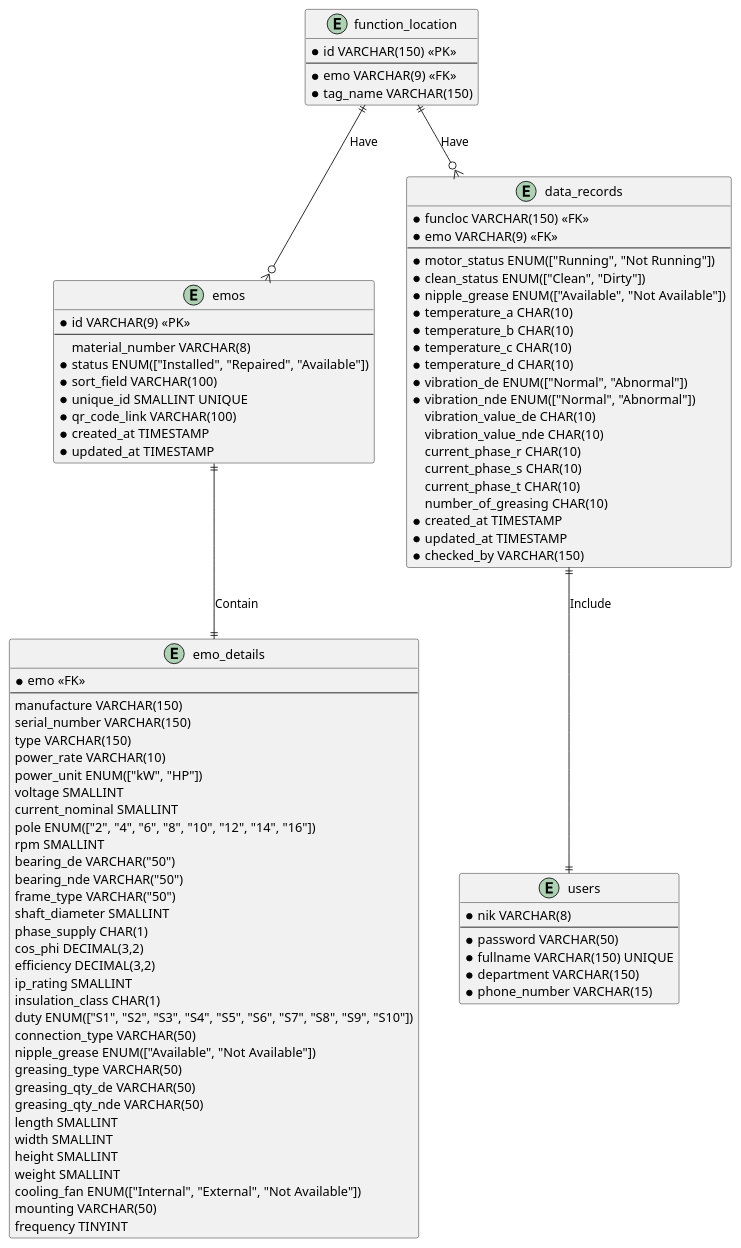
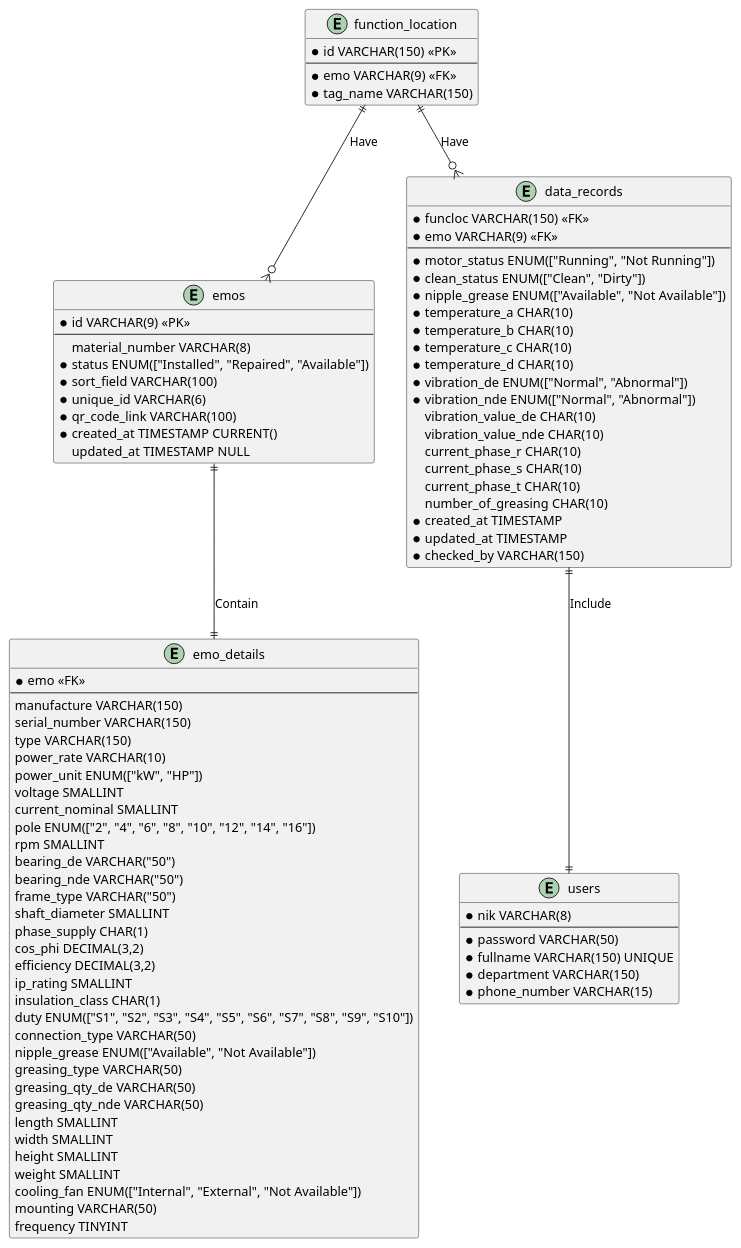
One commit to doniduaasattuu/fajar-e-maintenance changed the diagram in database/fajar_e_maintenance.puml. Above: the diagram before and after it, drawn with PlantUML. The commit also changed 5 other files, not shown here.

```diff
--- a/database/fajar_e_maintenance.puml
+++ b/database/fajar_e_maintenance.puml
@@ -1,99 +1,99 @@
 @startuml fajar_e_maintenance
 
 entity function_location
 {
     * id VARCHAR(150) <<PK>>
     --
     * emo VARCHAR(9) <<FK>>
     * tag_name VARCHAR(150)
 }
 
 entity emos
 {
     * id VARCHAR(9) <<PK>>
     --
       material_number VARCHAR(8)
     * status ENUM(["Installed", "Repaired", "Available"])
     * sort_field VARCHAR(100)
-    * unique_id SMALLINT UNIQUE
+    * unique_id VARCHAR(6)
     * qr_code_link VARCHAR(100) 
-    * created_at TIMESTAMP
-    * updated_at TIMESTAMP
+    * created_at TIMESTAMP CURRENT()
+      updated_at TIMESTAMP NULL
 }
 
 entity emo_details {
     * emo <<FK>>
     --
     manufacture VARCHAR(150)
     serial_number VARCHAR(150)
     type VARCHAR(150)
     power_rate VARCHAR(10)
     power_unit ENUM(["kW", "HP"])
     voltage SMALLINT
     current_nominal SMALLINT
     pole ENUM(["2", "4", "6", "8", "10", "12", "14", "16"])
     rpm SMALLINT
     bearing_de VARCHAR("50")
     bearing_nde VARCHAR("50")
     frame_type VARCHAR("50")
     shaft_diameter SMALLINT
     phase_supply CHAR(1)
     cos_phi DECIMAL(3,2)
     efficiency DECIMAL(3,2)
     ip_rating SMALLINT
     insulation_class CHAR(1)
     duty ENUM(["S1", "S2", "S3", "S4", "S5", "S6", "S7", "S8", "S9", "S10"])
     connection_type VARCHAR(50)
     nipple_grease ENUM(["Available", "Not Available"])
     greasing_type VARCHAR(50)
     greasing_qty_de VARCHAR(50)
     greasing_qty_nde VARCHAR(50)
     length SMALLINT
     width SMALLINT
     height SMALLINT
     weight SMALLINT
     cooling_fan ENUM(["Internal", "External", "Not Available"])
     mounting VARCHAR(50)
     frequency TINYINT
 }
 
 entity data_records {
     * funcloc VARCHAR(150) <<FK>>
     * emo VARCHAR(9) <<FK>>
     --
     * motor_status ENUM(["Running", "Not Running"])
     * clean_status ENUM(["Clean", "Dirty"])
     * nipple_grease ENUM(["Available", "Not Available"])
     * temperature_a CHAR(10)
     * temperature_b CHAR(10)
     * temperature_c CHAR(10)
     * temperature_d CHAR(10)
     * vibration_de ENUM(["Normal", "Abnormal"])
     * vibration_nde ENUM(["Normal", "Abnormal"])
       vibration_value_de CHAR(10)
       vibration_value_nde CHAR(10)
       current_phase_r CHAR(10)
       current_phase_s CHAR(10)
       current_phase_t CHAR(10)
       number_of_greasing CHAR(10)
     * created_at TIMESTAMP
     * updated_at TIMESTAMP
     * checked_by VARCHAR(150)
 }
 
 entity users {
     * nik VARCHAR(8)
     --
     * password VARCHAR(50)
     * fullname VARCHAR(150) UNIQUE
     * department VARCHAR(150)
     * phone_number VARCHAR(15)
 }
  
 function_location ||--o{ emos : Have
 function_location ||--o{ data_records : Have
 emos ||--|| emo_details : Contain
 data_records ||--|| users : Include
 
 
 @enduml
```
